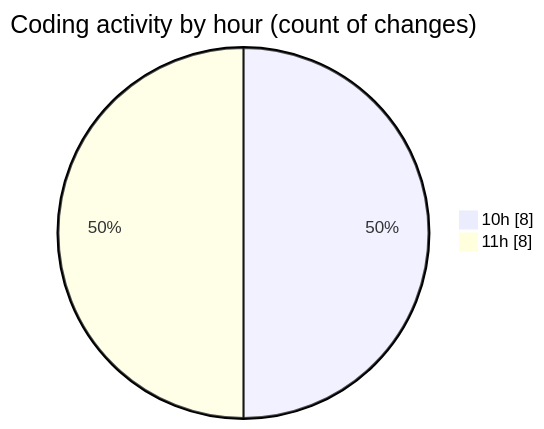
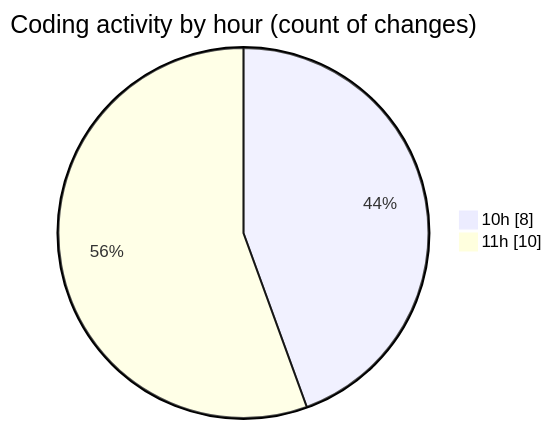
The second of 2 diagrams in 2026-02-02/nxtqube_webapp/README.md (nxtqubesakshisongat/code-tracking), drawn with Mermaid before and after one commit. The commit also changed other lines of this file and 1 other file, not shown here.

````diff
--- a/2026-02-02/nxtqube_webapp/README.md
+++ b/2026-02-02/nxtqube_webapp/README.md
@@ -28,6 +28,6 @@
 ```mermaid
 pie showData
 title Coding activity by hour (count of changes)
 "10h" : 8
-"11h" : 8
+"11h" : 10
 ```
````
